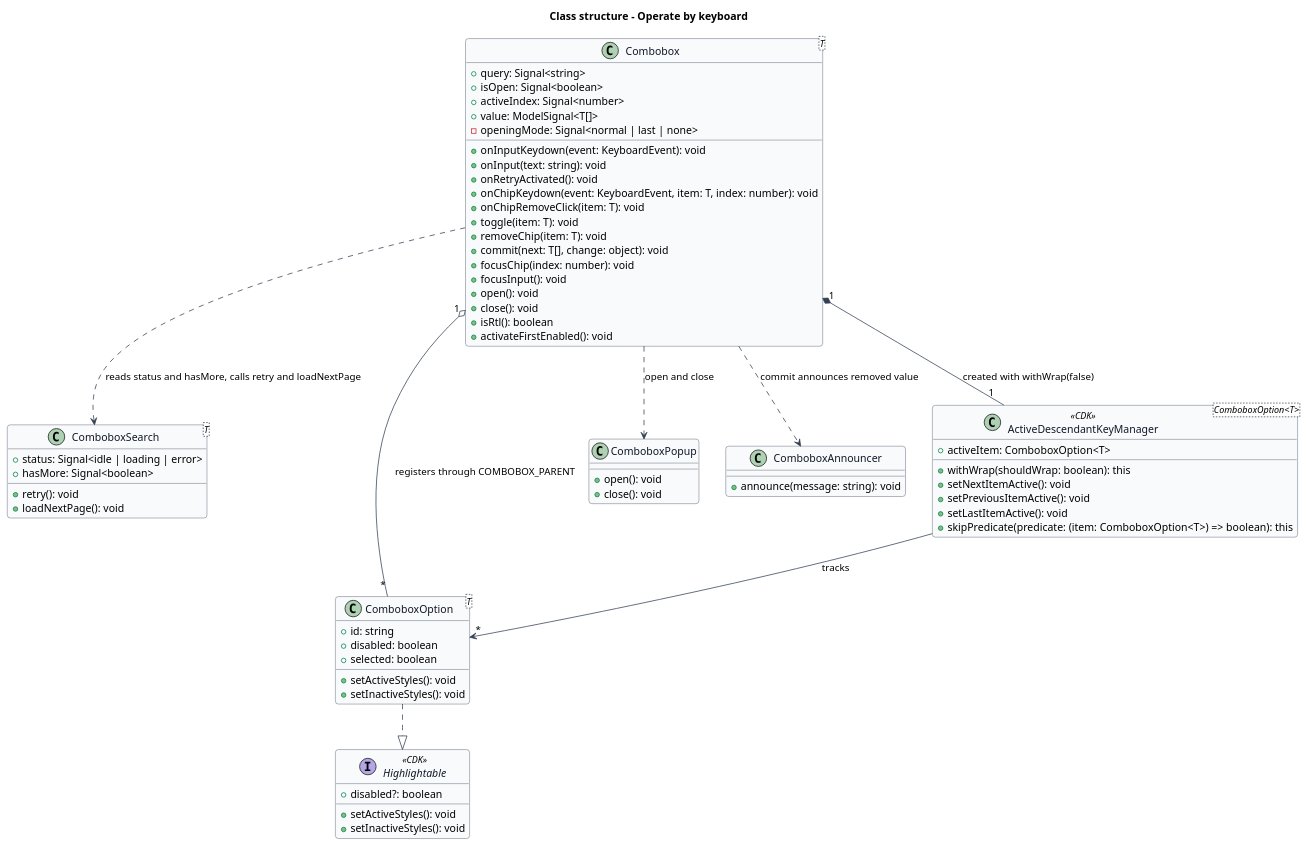
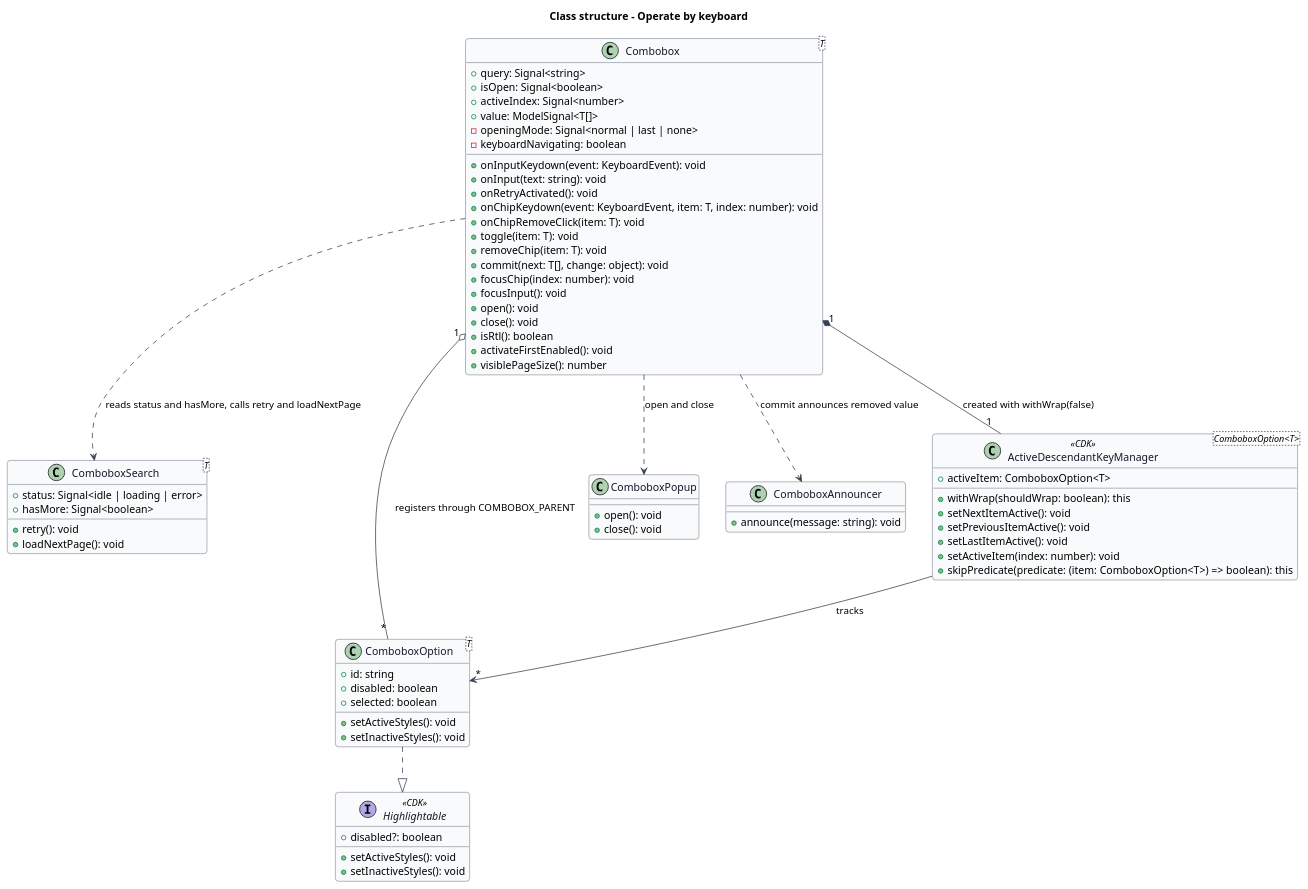
The diagram in docs/detailed-designs/combobox/operate-by-keyboard/diagrams/class-structure.puml (QuinntyneBrown/Tessera), drawn with PlantUML before and after one commit. The commit also changed 26 other files, not shown here.

```diff
--- a/docs/detailed-designs/combobox/operate-by-keyboard/diagrams/class-structure.puml
+++ b/docs/detailed-designs/combobox/operate-by-keyboard/diagrams/class-structure.puml
@@ -1,84 +1,87 @@
 @startuml
 ' --- shared skin header ---
 skinparam backgroundColor #FFFFFF
 skinparam shadowing false
 skinparam roundcorner 8
 skinparam defaultFontName Arial
 skinparam ArrowColor #344054
 skinparam class {
   BorderColor #344054
   FontColor #101828
   BackgroundColor #F9FAFB
 }
 ' --------------------------
 title Class structure - Operate by keyboard
 
 class "Combobox<T>" as Combobox {
   +query: Signal<string>
   +isOpen: Signal<boolean>
   +activeIndex: Signal<number>
   +value: ModelSignal<T[]>
   -openingMode: Signal<normal | last | none>
+  -keyboardNavigating: boolean
   +onInputKeydown(event: KeyboardEvent): void
   +onInput(text: string): void
   +onRetryActivated(): void
   +onChipKeydown(event: KeyboardEvent, item: T, index: number): void
   +onChipRemoveClick(item: T): void
   +toggle(item: T): void
   +removeChip(item: T): void
   +commit(next: T[], change: object): void
   +focusChip(index: number): void
   +focusInput(): void
   +open(): void
   +close(): void
   +isRtl(): boolean
   +activateFirstEnabled(): void
+  +visiblePageSize(): number
 }
 
 class "ComboboxSearch<T>" as ComboboxSearch {
   +status: Signal<idle | loading | error>
   +hasMore: Signal<boolean>
   +retry(): void
   +loadNextPage(): void
 }
 
 class "ComboboxOption<T>" as ComboboxOption {
   +id: string
   +disabled: boolean
   +selected: boolean
   +setActiveStyles(): void
   +setInactiveStyles(): void
 }
 
 class ComboboxPopup {
   +open(): void
   +close(): void
 }
 
 class ComboboxAnnouncer {
   +announce(message: string): void
 }
 
 class "ActiveDescendantKeyManager<ComboboxOption<T>>" as KeyManager <<CDK>> {
   +activeItem: ComboboxOption<T>
   +withWrap(shouldWrap: boolean): this
   +setNextItemActive(): void
   +setPreviousItemActive(): void
   +setLastItemActive(): void
+  +setActiveItem(index: number): void
   +skipPredicate(predicate: (item: ComboboxOption<T>) => boolean): this
 }
 
 interface Highlightable <<CDK>> {
   +disabled?: boolean
   +setActiveStyles(): void
   +setInactiveStyles(): void
 }
 
 Combobox "1" *-- "1" KeyManager : created with withWrap(false)
 Combobox ..> ComboboxSearch : reads status and hasMore, calls retry and loadNextPage
 Combobox ..> ComboboxPopup : open and close
 Combobox ..> ComboboxAnnouncer : commit announces removed value
 Combobox "1" o-- "*" ComboboxOption : registers through COMBOBOX_PARENT
 KeyManager --> "*" ComboboxOption : tracks
 ComboboxOption ..|> Highlightable
 @enduml
```
